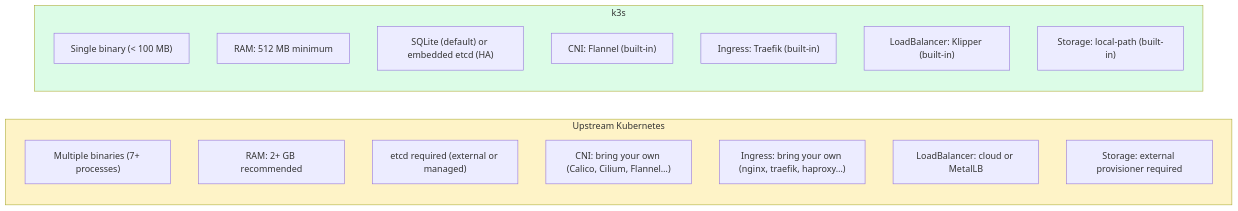
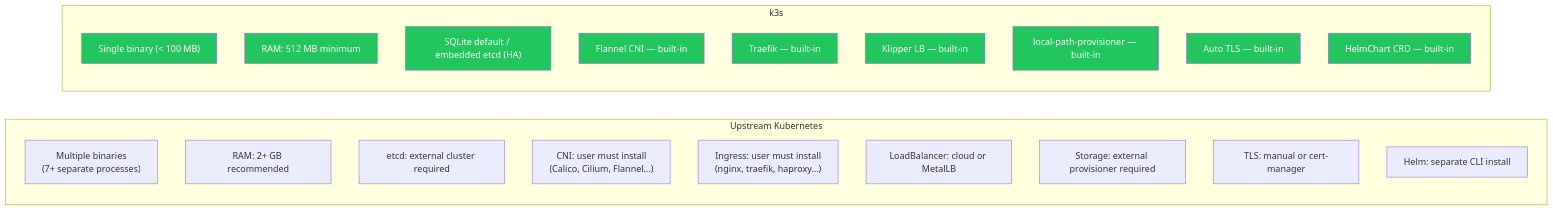
The first of 5 diagrams in 01_introduction/02_k3s_vs_k8s.md (UncleJS/course_k3s), drawn with Mermaid before and after one commit. The commit also changed other lines of this file and 45 other files, not shown here.

First line of the commit message:
Expand all course lessons: Mermaid diagrams + rich prose across 43 files

````diff
--- a/01_introduction/02_k3s_vs_k8s.md
+++ b/01_introduction/02_k3s_vs_k8s.md
@@ -26,23 +56,34 @@
 ```mermaid
 graph LR
-    subgraph K8S["Upstream Kubernetes"]
-        k8s_bin["Multiple binaries (7+ processes)"]
-        k8s_ram["RAM: 2+ GB recommended"]
-        k8s_etcd["etcd required (external or managed)"]
-        k8s_cni["CNI: bring your own (Calico, Cilium, Flannel…)"]
-        k8s_ing["Ingress: bring your own (nginx, traefik, haproxy…)"]
-        k8s_lb["LoadBalancer: cloud or MetalLB"]
-        k8s_str["Storage: external provisioner required"]
+    subgraph "Upstream Kubernetes"
+        K8_BIN["Multiple binaries<br/>(7+ separate processes)"]
+        K8_RAM["RAM: 2+ GB recommended"]
+        K8_ETCD["etcd: external cluster required"]
+        K8_CNI["CNI: user must install<br/>(Calico, Cilium, Flannel…)"]
+        K8_ING["Ingress: user must install<br/>(nginx, traefik, haproxy…)"]
+        K8_LB["LoadBalancer: cloud or MetalLB"]
+        K8_STR["Storage: external provisioner required"]
+        K8_TLS["TLS: manual or cert-manager"]
+        K8_HELM["Helm: separate CLI install"]
     end
-    subgraph K3S["k3s"]
-        k3s_bin["Single binary (< 100 MB)"]
-        k3s_ram["RAM: 512 MB minimum"]
-        k3s_etcd["SQLite (default) or embedded etcd (HA)"]
-        k3s_cni["CNI: Flannel (built-in)"]
-        k3s_ing["Ingress: Traefik (built-in)"]
-        k3s_lb["LoadBalancer: Klipper (built-in)"]
-        k3s_str["Storage: local-path (built-in)"]
+    subgraph "k3s"
+        K3_BIN["Single binary (< 100 MB)"]
+        K3_RAM["RAM: 512 MB minimum"]
+        K3_ETCD["SQLite default / embedded etcd (HA)"]
+        K3_CNI["Flannel CNI — built-in"]
+        K3_ING["Traefik — built-in"]
+        K3_LB["Klipper LB — built-in"]
+        K3_STR["local-path-provisioner — built-in"]
+        K3_TLS["Auto TLS — built-in"]
+        K3_HELM["HelmChart CRD — built-in"]
     end
-    style K3S fill:#dcfce7
-    style K8S fill:#fef3c7
+    style K3_BIN fill:#22c55e,color:#fff
+    style K3_RAM fill:#22c55e,color:#fff
+    style K3_ETCD fill:#22c55e,color:#fff
+    style K3_CNI fill:#22c55e,color:#fff
+    style K3_ING fill:#22c55e,color:#fff
+    style K3_LB fill:#22c55e,color:#fff
+    style K3_STR fill:#22c55e,color:#fff
+    style K3_TLS fill:#22c55e,color:#fff
+    style K3_HELM fill:#22c55e,color:#fff
 ```
````
